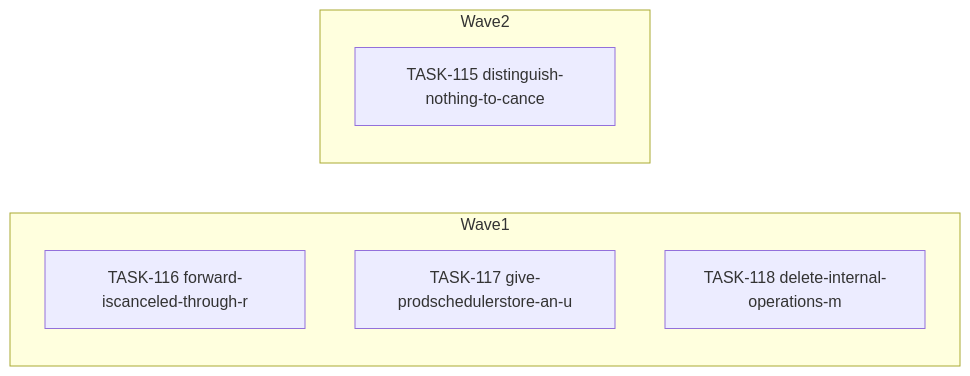
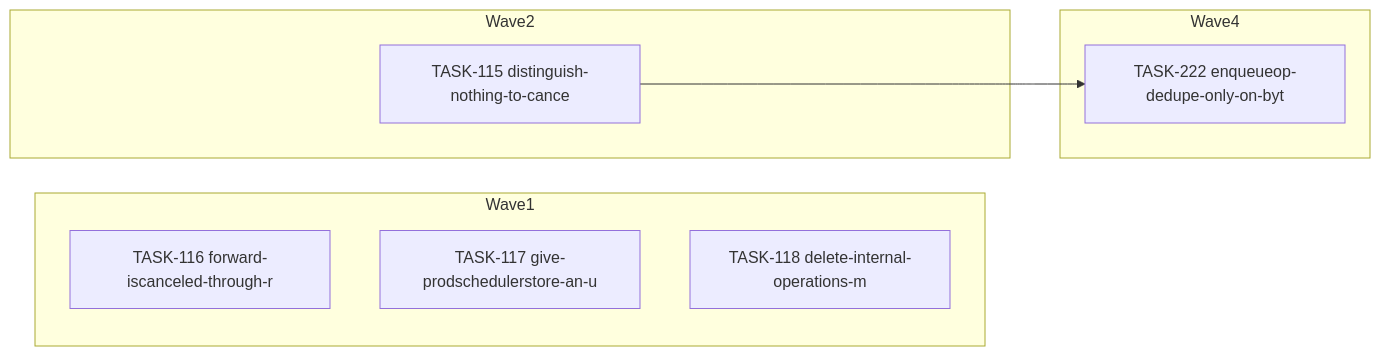
One commit to falkcorp/audiobook-organizer changed the diagram in docs/agent-tasks/todo-completion/operations/orchestration.md. Above: the diagram before and after it, drawn with Mermaid. The commit also changed other lines of this file and 252 other files, not shown here.

````diff
--- a/docs/agent-tasks/todo-completion/operations/orchestration.md
+++ b/docs/agent-tasks/todo-completion/operations/orchestration.md
@@ -12,12 +12,15 @@
 ```mermaid
 flowchart LR
     subgraph Wave1
       TASK116[TASK-116 forward-iscanceled-through-r]
       TASK117[TASK-117 give-prodschedulerstore-an-u]
       TASK118[TASK-118 delete-internal-operations-m]
     end
     subgraph Wave2
       TASK115[TASK-115 distinguish-nothing-to-cance]
     end
-
+    subgraph Wave4
+      TASK222[TASK-222 enqueueop-dedupe-only-on-byt]
+    end
+    TASK115 --> TASK222
 ```
````
